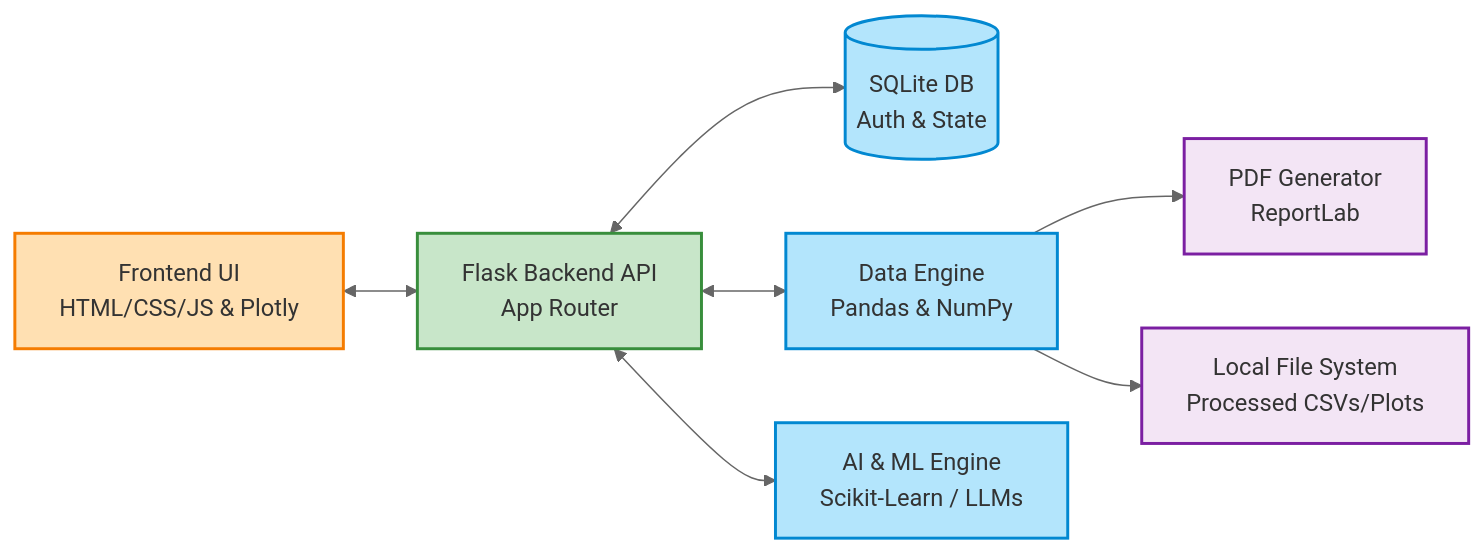
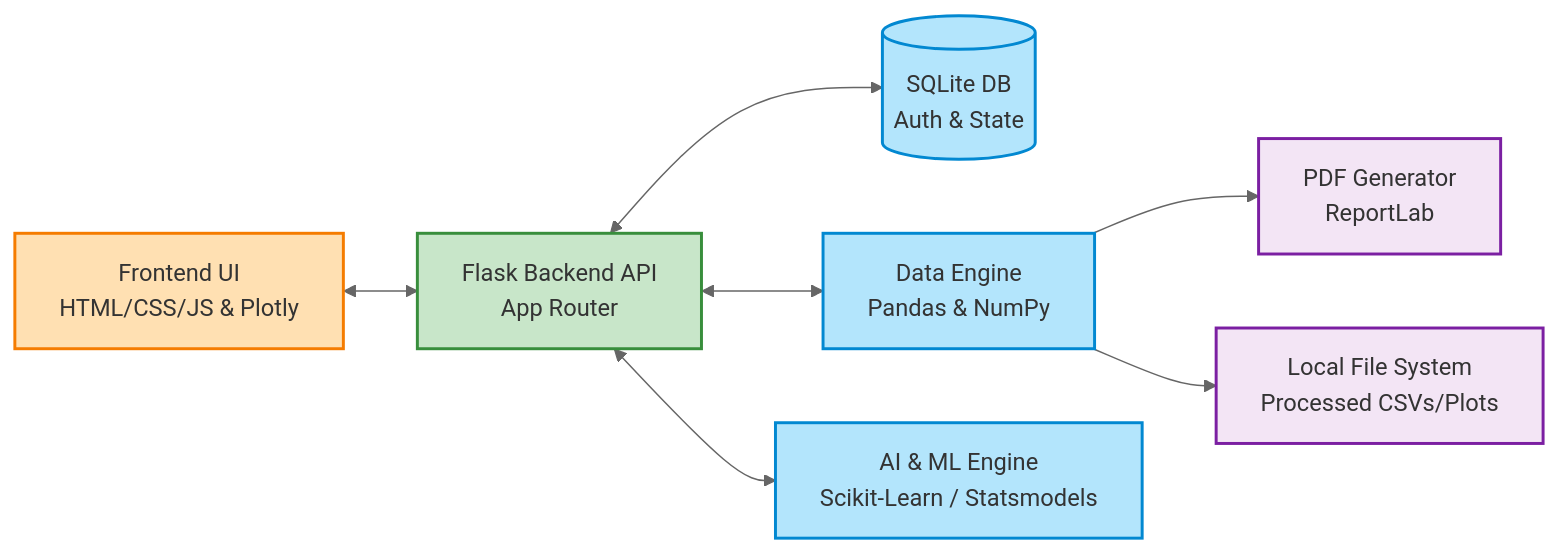
Before and after one commit to keshavmishra27/AI-Powered-Data-Analysis-and-Visualization-Platform-with-Automated-Insights: the first of 2 diagrams in README.md, drawn with Mermaid (neutral theme). The commit also changed other lines of this file and 18 other files, not shown here.

````diff
--- a/README.md
+++ b/README.md
@@ -24,14 +25,14 @@
 ```mermaid
 graph LR
     classDef frontend fill:#ffe0b2,stroke:#f57c00,stroke-width:2px,color:#333;
     classDef backend fill:#c8e6c9,stroke:#388e3c,stroke-width:2px,color:#333;
     classDef data fill:#b3e5fc,stroke:#0288d1,stroke-width:2px,color:#333;
     classDef file fill:#f3e5f5,stroke:#7b1fa2,stroke-width:2px,color:#333;
 
     UI[Frontend UI<br/>HTML/CSS/JS & Plotly]:::frontend <--> API[Flask Backend API<br/>App Router]:::backend
     API <--> DB[(SQLite DB<br/>Auth & State)]:::data
     API <--> Core[Data Engine<br/>Pandas & NumPy]:::data
-    API <--> ML[AI & ML Engine<br/>Scikit-Learn / LLMs]:::data
+    API <--> ML[AI & ML Engine<br/>Scikit-Learn / Statsmodels]:::data
     Core --> Reports[PDF Generator<br/>ReportLab]:::file
     Core --> Storage[Local File System<br/>Processed CSVs/Plots]:::file
 ```
````
